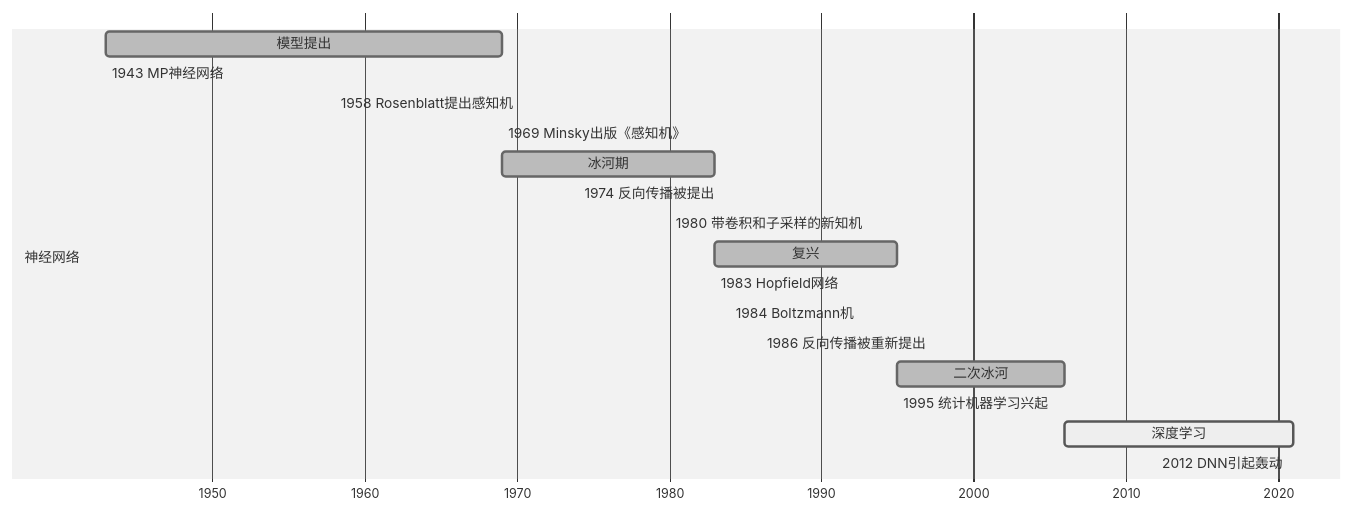
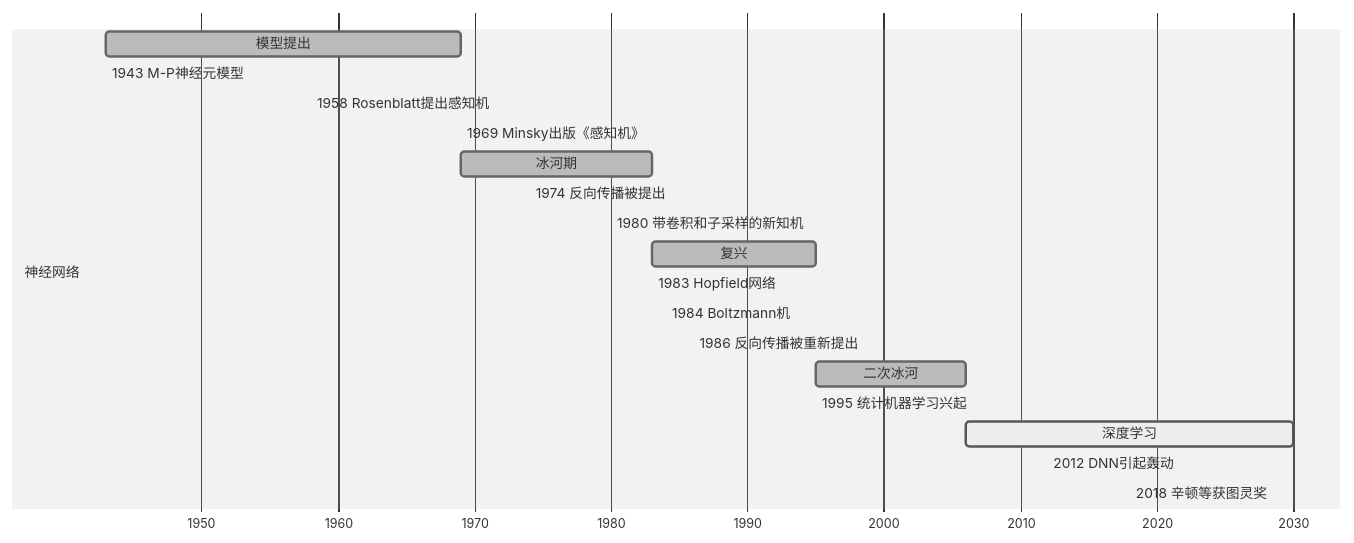
Before and after one commit to Avanti1980/course-ml: the diagram in mermaid/nn.mermaid, drawn with Mermaid (neutral theme). The commit also changed 15 other files, not shown here.

```diff
--- a/mermaid/nn.mermaid
+++ b/mermaid/nn.mermaid
@@ -1,21 +1,22 @@
 gantt
 todayMarker off
 dateFormat  YYYY
 axisFormat %Y
 
 section 神经网络
 模型提出: done, 1943, 1969
-1943 MP神经网络: 1943, milestone
+1943 M-P神经元模型: 1943, milestone
 1958 Rosenblatt提出感知机: 1958, milestone
 1969 Minsky出版《感知机》: 1969, milestone
 冰河期: done, 1969, 1983
 1974 反向传播被提出: 1974, milestone
 1980 带卷积和子采样的新知机: 1980, milestone
 复兴: done, 1983, 1995
 1983 Hopfield网络: 1983, milestone
 1984 Boltzmann机: 1984, milestone
 1986 反向传播被重新提出: 1986, milestone
 二次冰河: done, 1995, 2006
 1995 统计机器学习兴起: 1995, milestone
-深度学习: active, 2006, 2021
+深度学习: active, 2006, 2030
 2012 DNN引起轰动: 2012, milestone
+2018 辛顿等获图灵奖: 2018, milestone
```
